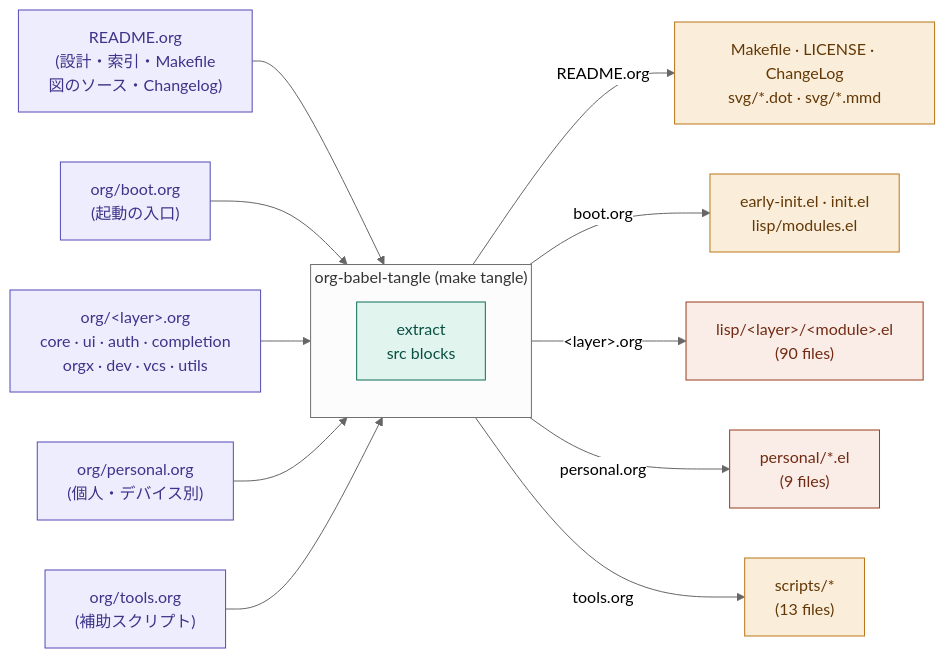
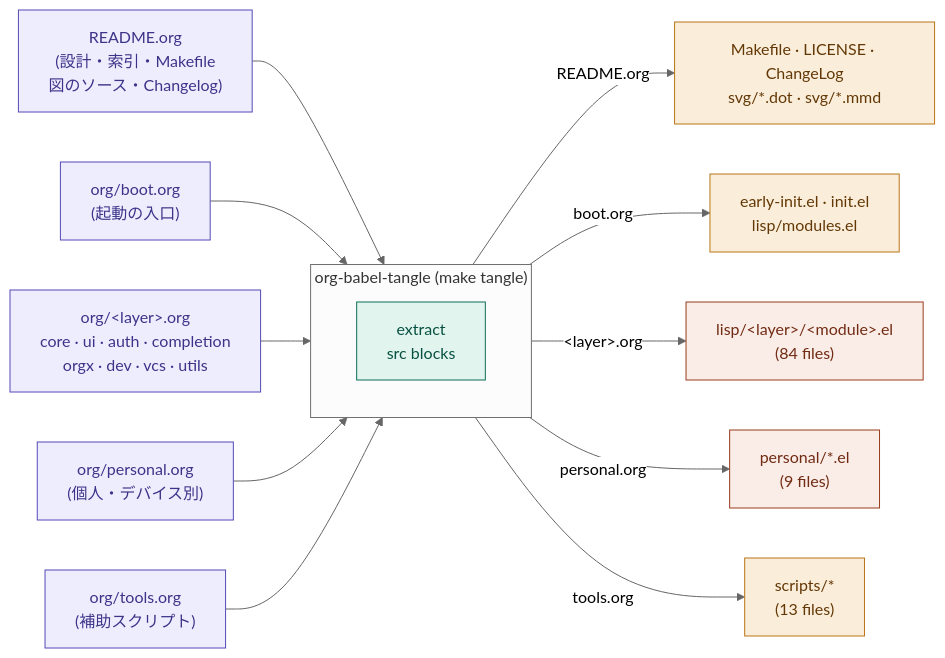
One commit to ac1965/.emacs.d changed the first of 15 diagrams in README.org. Above: the diagram before and after it, drawn with Mermaid (neutral theme). The commit also changed other lines of this file and 5 other files, not shown here.

```diff
--- a/README.org
+++ b/README.org
@@ -1632,40 +1632,40 @@
 #+begin_src mermaid
   flowchart LR
       readme["README.org<br/>(設計・索引・Makefile<br/>図のソース・Changelog)"]
       boot["org/boot.org<br/>(起動の入口)"]
       layers["org/&lt;layer&gt;.org<br/>core · ui · auth · completion<br/>orgx · dev · vcs · utils"]
       pers["org/personal.org<br/>(個人・デバイス別)"]
       tools["org/tools.org<br/>(補助スクリプト)"]
 
       subgraph tangle["org-babel-tangle  (make tangle)"]
           extract["extract<br/>src blocks"]
       end
 
       o1["Makefile · LICENSE · ChangeLog<br/>svg/*.dot · svg/*.mmd"]
       o2["early-init.el · init.el<br/>lisp/modules.el"]
-      o3["lisp/&lt;layer&gt;/&lt;module&gt;.el<br/>(90 files)"]
+      o3["lisp/&lt;layer&gt;/&lt;module&gt;.el<br/>(84 files)"]
       o4["personal/*.el<br/>(9 files)"]
       o5["scripts/*<br/>(13 files)"]
 
       readme --> tangle
       boot --> tangle
       layers --> tangle
       pers --> tangle
       tools --> tangle
 
       tangle -->|README.org| o1
       tangle -->|boot.org| o2
       tangle -->|"&lt;layer&gt;.org"| o3
       tangle -->|personal.org| o4
       tangle -->|tools.org| o5
 
       classDef src fill:#EEEDFE,stroke:#534AB7,color:#3C3489
       classDef tangle fill:#E1F5EE,stroke:#0F6E56,color:#085041
       classDef config fill:#FAEEDA,stroke:#BA7517,color:#633806
       classDef modules fill:#FAECE7,stroke:#993C1D,color:#712B13
 
       class readme,boot,layers,pers,tools src
       class extract tangle
       class o1,o2,o5 config
       class o3,o4 modules
 #+end_src
```
